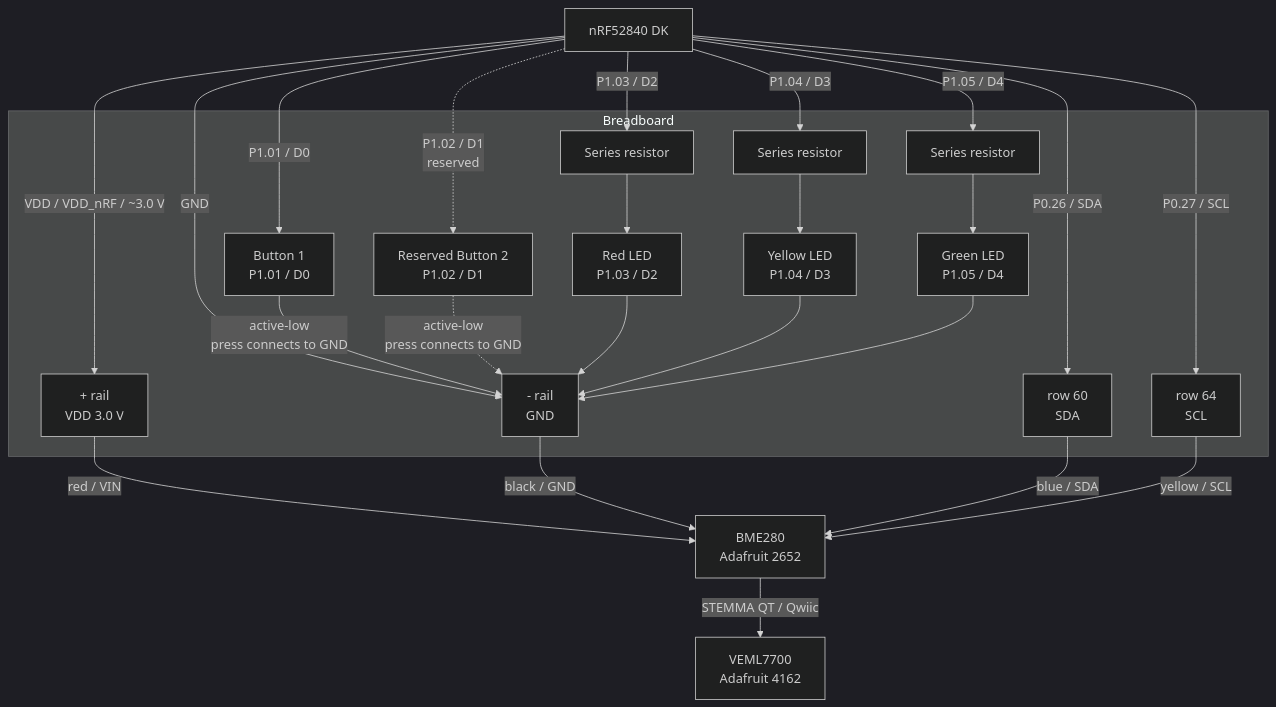
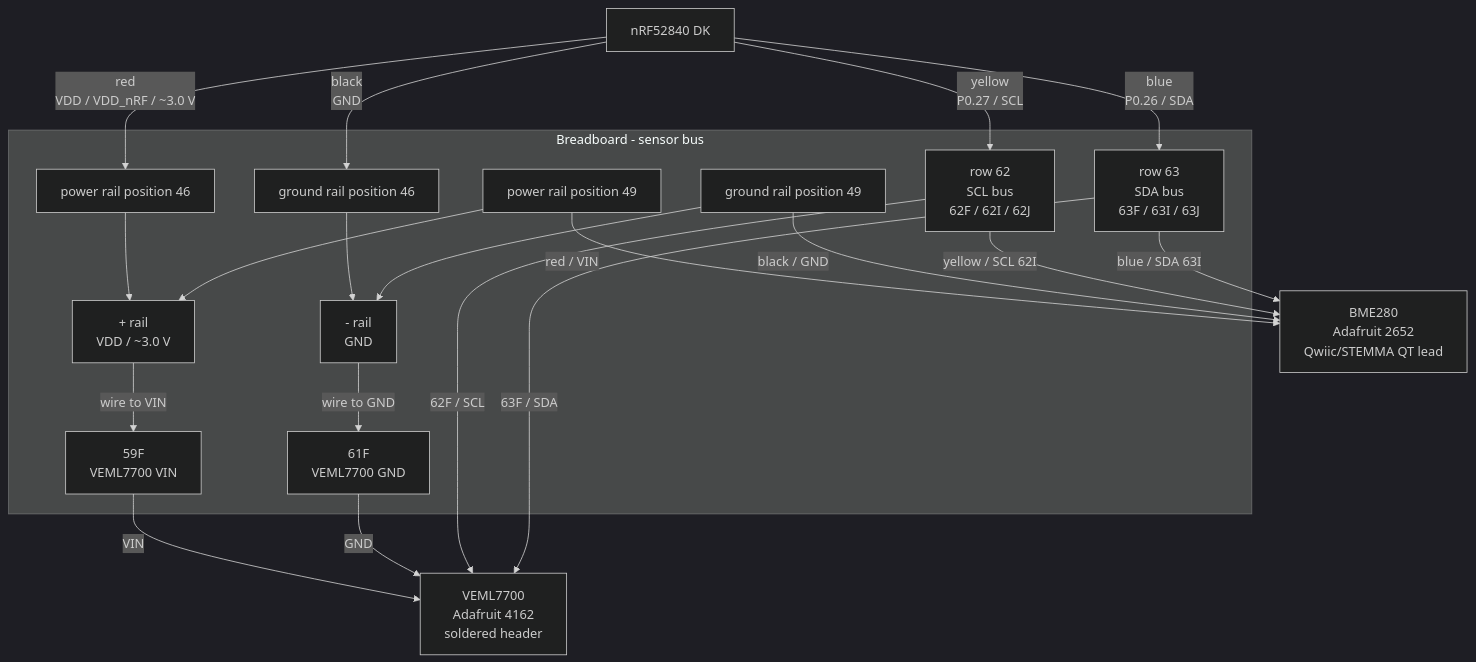
Before and after one commit to notallthere404/sap: the first of 2 diagrams in README.md, drawn with Mermaid (dark theme). The commit also changed other lines of this file and 13 other files, not shown here.

````diff
--- a/README.md
+++ b/README.md
@@ -35,55 +36,47 @@
 ```mermaid
 flowchart TD
     DK[nRF52840 DK]
 
-    subgraph BB[Breadboard]
-        PWR["+ rail<br/>VDD 3.0 V"]
+    subgraph BB[Breadboard - sensor bus]
+        PWR["+ rail<br/>VDD / ~3.0 V"]
         GND["- rail<br/>GND"]
-        SDA["row 60<br/>SDA"]
-        SCL["row 64<br/>SCL"]
 
-        BTN1["Button 1<br/>P1.01 / D0"]
-        BTN2["Reserved Button 2<br/>P1.02 / D1"]
+        PWR46["power rail position 46"]
+        GND46["ground rail position 46"]
 
-        RLED["Red LED<br/>P1.03 / D2"]
-        YLED["Yellow LED<br/>P1.04 / D3"]
-        GLED["Green LED<br/>P1.05 / D4"]
+        PWR49["power rail position 49"]
+        GND49["ground rail position 49"]
 
-        RR["Series resistor"]
-        YR["Series resistor"]
-        GR["Series resistor"]
+        VEML_VIN["59F<br/>VEML7700 VIN"]
+        VEML_GND["61F<br/>VEML7700 GND"]
+
+        SCL["row 62<br/>SCL bus<br/>62F / 62I / 62J"]
+        SDA["row 63<br/>SDA bus<br/>63F / 63I / 63J"]
     end
 
-    BME[BME280<br/>Adafruit 2652]
-    VEML[VEML7700<br/>Adafruit 4162]
+    VEML[VEML7700<br/>Adafruit 4162<br/>soldered header]
+    BME[BME280<br/>Adafruit 2652<br/>Qwiic/STEMMA QT lead]
 
-    DK -- "VDD / VDD_nRF / ~3.0 V" --> PWR
-    DK -- "GND" --> GND
-    DK -- "P0.26 / SDA" --> SDA
-    DK -- "P0.27 / SCL" --> SCL
+    DK -- "red<br/>VDD / VDD_nRF / ~3.0 V" --> PWR46
+    PWR46 --> PWR
 
-    PWR -- "red / VIN" --> BME
-    GND -- "black / GND" --> BME
-    SDA -- "blue / SDA" --> BME
-    SCL -- "yellow / SCL" --> BME
+    DK -- "black<br/>GND" --> GND46
+    GND46 --> GND
 
-    BME -- "STEMMA QT / Qwiic" --> VEML
+    DK -- "yellow<br/>P0.27 / SCL" --> SCL
+    DK -- "blue<br/>P0.26 / SDA" --> SDA
 
-    DK -- "P1.01 / D0" --> BTN1
-    BTN1 -- "active-low<br/>press connects to GND" --> GND
+    PWR -- "wire to VIN" --> VEML_VIN
+    GND -- "wire to GND" --> VEML_GND
+    VEML_VIN -- "VIN" --> VEML
+    VEML_GND -- "GND" --> VEML
+    SCL -- "62F / SCL" --> VEML
+    SDA -- "63F / SDA" --> VEML
 
-    DK -. "P1.02 / D1<br/>reserved" .-> BTN2
-    BTN2 -. "active-low<br/>press connects to GND" .-> GND
-
-    DK -- "P1.03 / D2" --> RR
-    RR --> RLED
-    RLED --> GND
-
-    DK -- "P1.04 / D3" --> YR
-    YR --> YLED
-    YLED --> GND
-
-    DK -- "P1.05 / D4" --> GR
-    GR --> GLED
-    GLED --> GND
+    PWR49 --> PWR
+    GND49 --> GND
+    PWR49 -- "red / VIN" --> BME
+    GND49 -- "black / GND" --> BME
+    SCL -- "yellow / SCL 62I" --> BME
+    SDA -- "blue / SDA 63I" --> BME
 ```
````
